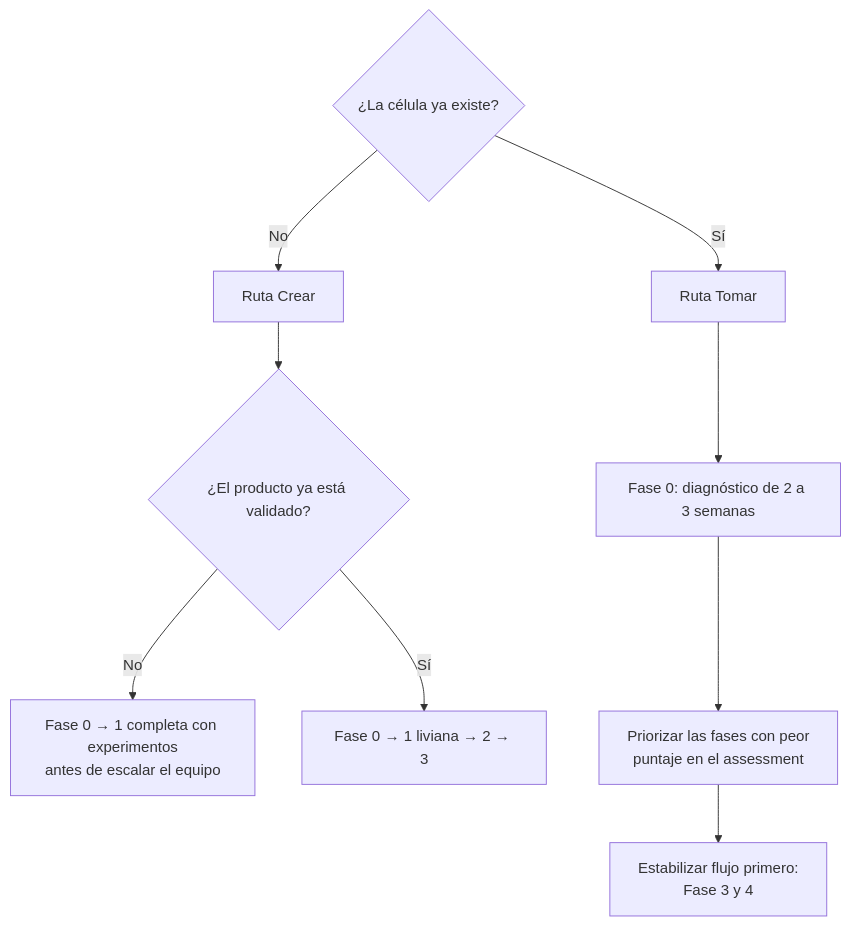
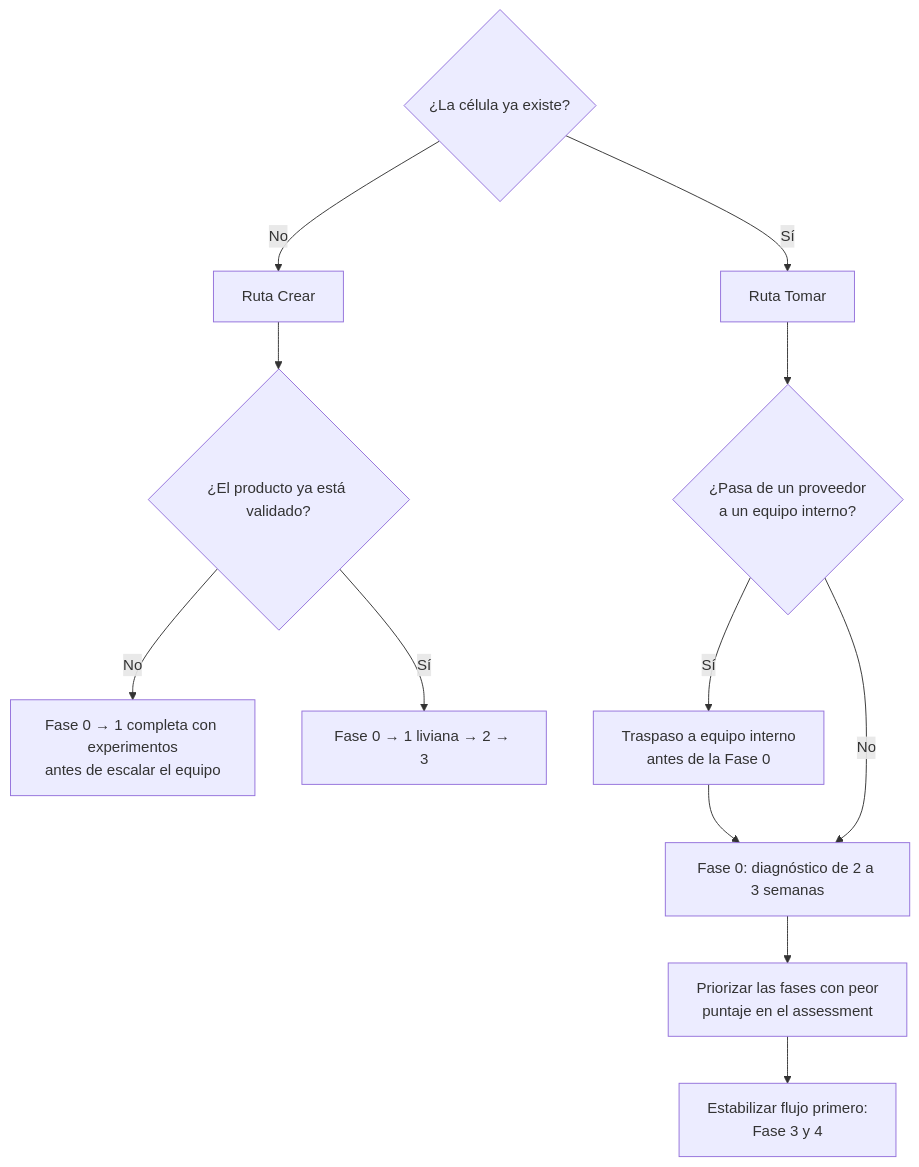
Before and after one commit to andresga79/agile-cell-playbook: the diagram in docs/como-usar.md, drawn with Mermaid. The commit also changed other lines of this file and 15 other files, not shown here.

Commit message:
v0.3.0: traspaso de proveedor a equipo interno y fases completas

````diff
--- a/docs/como-usar.md
+++ b/docs/como-usar.md
@@ -5,11 +5,14 @@
 ```mermaid
 flowchart TD
     A{¿La célula ya existe?} -->|No| B[Ruta Crear]
     A -->|Sí| C[Ruta Tomar]
     B --> B1{¿El producto ya está validado?}
     B1 -->|No| B2[Fase 0 → 1 completa con experimentos<br/>antes de escalar el equipo]
     B1 -->|Sí| B3[Fase 0 → 1 liviana → 2 → 3]
-    C --> C1[Fase 0: diagnóstico de 2 a 3 semanas]
+    C --> C0{¿Pasa de un proveedor<br/>a un equipo interno?}
+    C0 -->|Sí| T[Traspaso a equipo interno<br/>antes de la Fase 0]
+    T --> C1
+    C0 -->|No| C1[Fase 0: diagnóstico de 2 a 3 semanas]
     C1 --> C2[Priorizar las fases con peor<br/>puntaje en el assessment]
     C2 --> C3[Estabilizar flujo primero:<br/>Fase 3 y 4]
 ```
````
